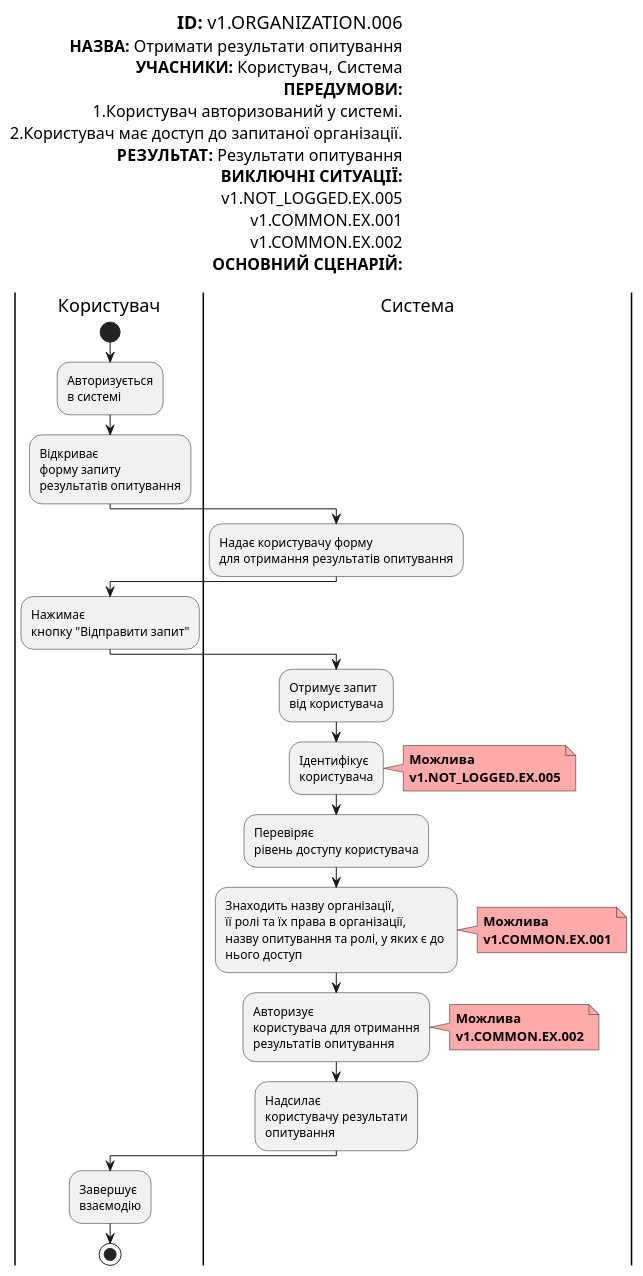
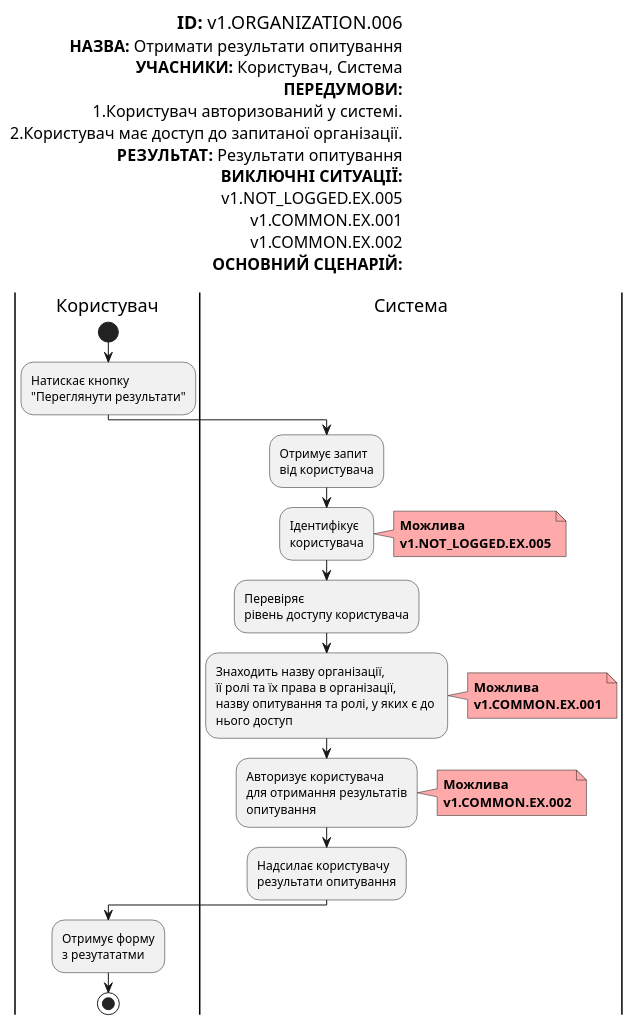
Diagram 15 of 23 in docs/use-cases/README.md (gurug-prog/survey-expert), drawn with PlantUML before and after one commit. The commit also changed other lines of this file and 3 other files, not shown here.

Commit message:
Improve diagrams

```diff
--- a/docs/use-cases/README.md
+++ b/docs/use-cases/README.md
@@ -796,77 +820,66 @@
   @startuml
 
       left header
         <font color=000 size=18><b>ID:</b> v1.ORGANIZATION.006
         <font color=000 size=16><b>НАЗВА:</b> Отримати результати опитування
         <font color=000 size=16><b>УЧАСНИКИ:</b> Користувач, Система
         <font color=000 size=16><b>ПЕРЕДУМОВИ:</b>
         <font color=000 size=16>1.Користувач авторизований у системі.
         <font color=000 size=16>2.Користувач має доступ до запитаної організації.
         <font color=000 size=16><b>РЕЗУЛЬТАТ:</b> Результати опитування
         <font color=000 size=16><b>ВИКЛЮЧНІ СИТУАЦІЇ:</b>
         <font color=000 size=16>v1.NOT_LOGGED.EX.005
         <font color=000 size=16>v1.COMMON.EX.001
         <font color=000 size=16>v1.COMMON.EX.002
         <font color=000 size=16><b>ОСНОВНИЙ СЦЕНАРІЙ:</b>
 
       end header
 
       |Користувач|
           start
-          :Авторизується
-          в системі;
     
-          :Відкриває
-          форму запиту
-          результатів опитування;
-            
-      |Система|
-          :Надає користувачу форму
-          для отримання результатів опитування;
-            
-      |Користувач|      
-          :Нажимає
-          кнопку "Відправити запит";
+          :Натискає кнопку
+          "Переглянути результати";
 
       |Система|
+
           :Отримує запит
           від користувача;
 
           :Ідентифікує
           користувача;
           note right #ffaaaa
           <b>Можлива</b>
           <b>v1.NOT_LOGGED.EX.005</b>
           end note
 
           :Перевіряє
           рівень доступу користувача;
 
           :Знаходить назву організації,
           її ролі та їх права в організації,
           назву опитування та ролі, у яких є до 
           нього доступ;
           note right #ffaaaa
           <b>Можлива</b>
           <b>v1.COMMON.EX.001</b>
           end note
 
-          :Авторизує
-          користувача для отримання
-          результатів опитування;
+          :Авторизує користувача
+          для отримання результатів
+          опитування;
           note right #ffaaaa
           <b>Можлива</b>
           <b>v1.COMMON.EX.002</b>
           end note
 
-          :Надсилає
-          користувачу результати
-          опитування;
+          :Надсилає користувачу
+          результати опитування;
 
-      |Користувач|           
-          :Завершує
-          взаємодію;
+      |Користувач|
+          :Отримує форму
+          з резутататми;
 
           stop;
 
   @enduml
```
